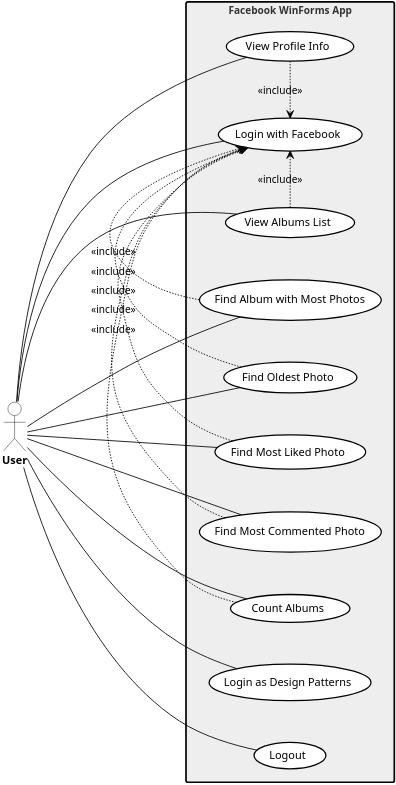
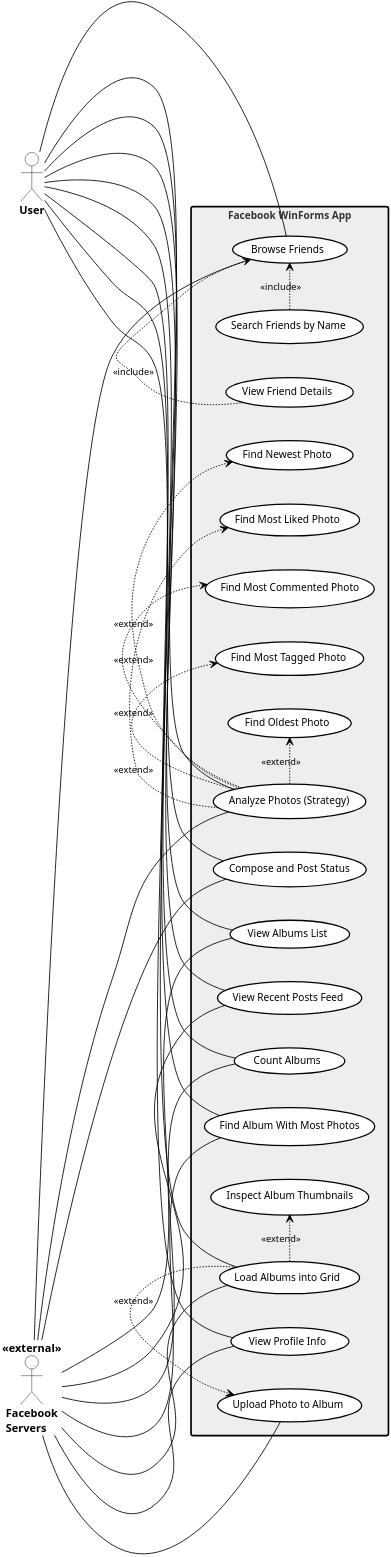
Before and after one commit to LotemKimchi/Application-Programming-Using-Design-Patterns: the diagram in Project2/B26 Ex02 LotemKimchi 318173481 ShaniSalomon 208573683/uml/use_case.puml, drawn with PlantUML. The commit also changed 24 other files, not shown here.

```diff
--- a/Project2/B26 Ex02 LotemKimchi 318173481 ShaniSalomon 208573683/uml/use_case.puml
+++ b/Project2/B26 Ex02 LotemKimchi 318173481 ShaniSalomon 208573683/uml/use_case.puml
@@ -1,74 +1,106 @@
 @startuml UseCaseDiagram
 left to right direction
-scale 2200 width
+scale 2400 width
 
 skinparam backgroundColor White
 skinparam defaultFontName Arial
-skinparam defaultFontSize 13
-skinparam nodesep 50
-skinparam ranksep 150
+skinparam defaultFontSize 12
+skinparam nodesep 40
+skinparam ranksep 120
 
 skinparam actor {
     BackgroundColor White
     BorderColor Black
     FontSize 13
     FontStyle bold
 }
 
 skinparam usecase {
     BackgroundColor White
     BorderColor Black
-    FontSize 13
+    FontSize 12
     BorderThickness 1.5
 }
 
 skinparam rectangle {
     BackgroundColor #EEEEEE
     BorderColor Black
     BorderThickness 2
     FontSize 12
     FontColor #333333
     FontStyle bold
 }
 
 skinparam ArrowColor Black
 skinparam ArrowThickness 1
-skinparam ArrowFontSize 12
-skinparam ArrowFontStyle plain
+skinparam ArrowFontSize 11
 
-actor "User" as user
+actor "User"             as user
+actor "Facebook\nServers" as fb <<external>>
 
 rectangle "Facebook WinForms App" {
 
-    usecase "Login with Facebook"               as UC1
-    usecase "Login as Design Patterns"          as UC2
-    usecase "Logout"                            as UC3
-    usecase "View Profile Info"                 as UC4
-    usecase "View Albums List"                  as UC5
-    usecase "Find Album with Most Photos"       as UC6
-    usecase "Find Oldest Photo"                 as UC7
-    usecase "Find Most Liked Photo"             as UC8
-    usecase "Find Most Commented Photo"         as UC9
-    usecase "Count Albums"                      as UC10
+    usecase "View Profile Info"              as UC4
+    usecase "View Albums List"               as UC5
+
+    usecase "Browse Friends"                 as UC6
+    usecase "Search Friends by Name"         as UC7
+    usecase "View Friend Details"            as UC8
+
+    usecase "Compose and Post Status"        as UC9
+    usecase "View Recent Posts Feed"         as UC10
+
+    usecase "Analyze Photos (Strategy)"      as UC11
+    usecase "Find Most Liked Photo"          as UC12
+    usecase "Find Most Commented Photo"      as UC13
+    usecase "Find Most Tagged Photo"         as UC14
+    usecase "Find Oldest Photo"              as UC15
+    usecase "Find Newest Photo"              as UC16
+
+    usecase "Find Album With Most Photos"    as UC17
+    usecase "Count Albums"                   as UC18
+
+    usecase "Load Albums into Grid"          as UC19
+    usecase "Inspect Album Thumbnails"       as UC20
+    usecase "Upload Photo to Album"          as UC21
 }
 
-user -- UC1
-user -- UC2
-user -- UC3
+' User initiates all actions
 user -- UC4
 user -- UC5
 user -- UC6
-user -- UC7
-user -- UC8
 user -- UC9
 user -- UC10
+user -- UC11
+user -- UC17
+user -- UC18
+user -- UC19
 
-UC4  .> UC1 : <<include>>
-UC5  .> UC1 : <<include>>
-UC6  .> UC1 : <<include>>
-UC7  .> UC1 : <<include>>
-UC8  .> UC1 : <<include>>
-UC9  .> UC1 : <<include>>
-UC10 .> UC1 : <<include>>
+' Photo Strategy sub-types
+UC11 .> UC12 : <<extend>>
+UC11 .> UC13 : <<extend>>
+UC11 .> UC14 : <<extend>>
+UC11 .> UC15 : <<extend>>
+UC11 .> UC16 : <<extend>>
+
+' Friends sub-flows
+UC7 .> UC6 : <<include>>
+UC8 .> UC6 : <<include>>
+
+' Album Analyst sub-flows
+UC19 .> UC20 : <<extend>>
+UC19 .> UC21 : <<extend>>
+
+' Facebook Servers participate in all data-access use cases
+fb -- UC4
+fb -- UC5
+fb -- UC6
+fb -- UC9
+fb -- UC10
+fb -- UC11
+fb -- UC17
+fb -- UC18
+fb -- UC19
+fb -- UC21
 
 @enduml
```
